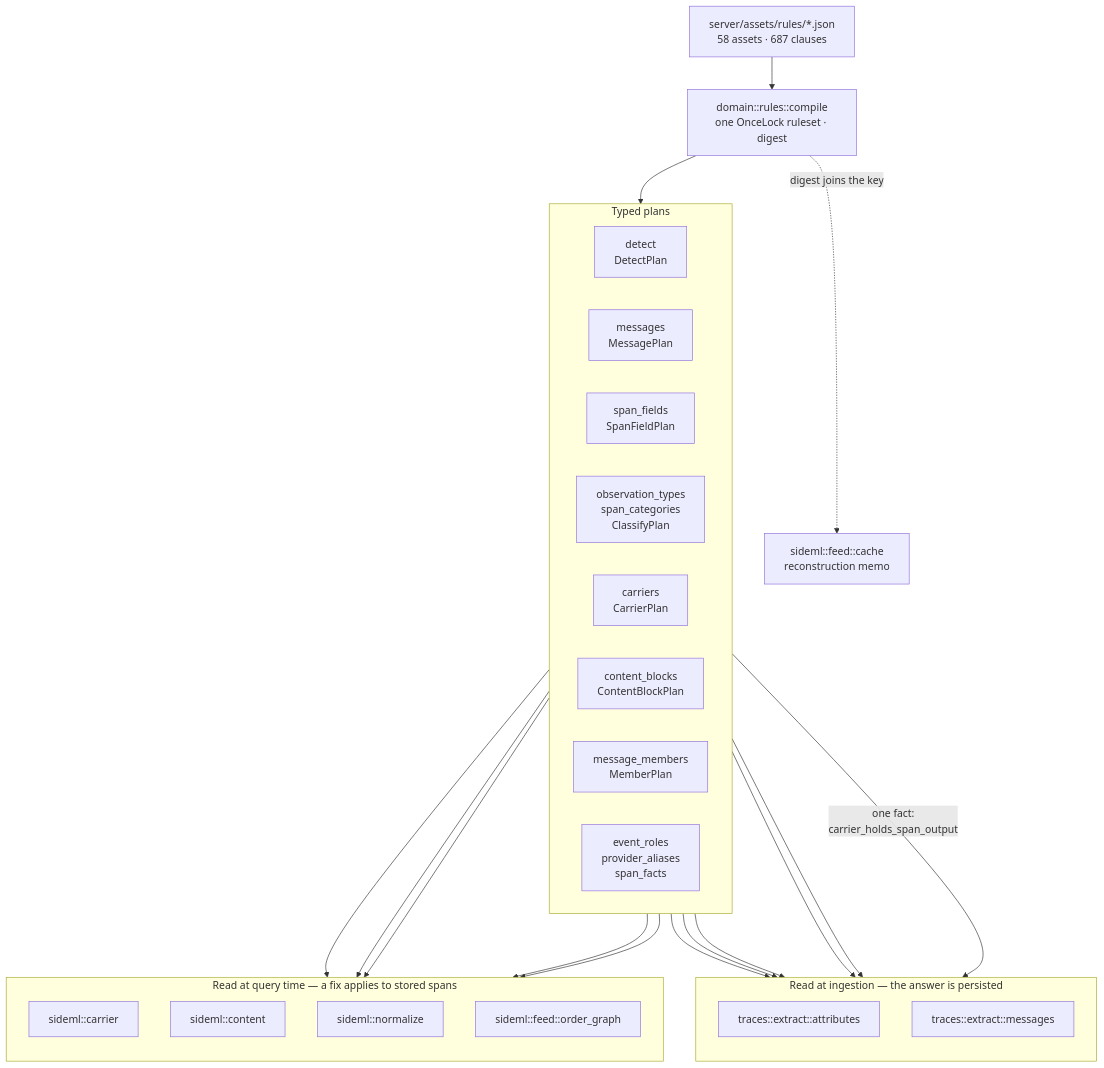
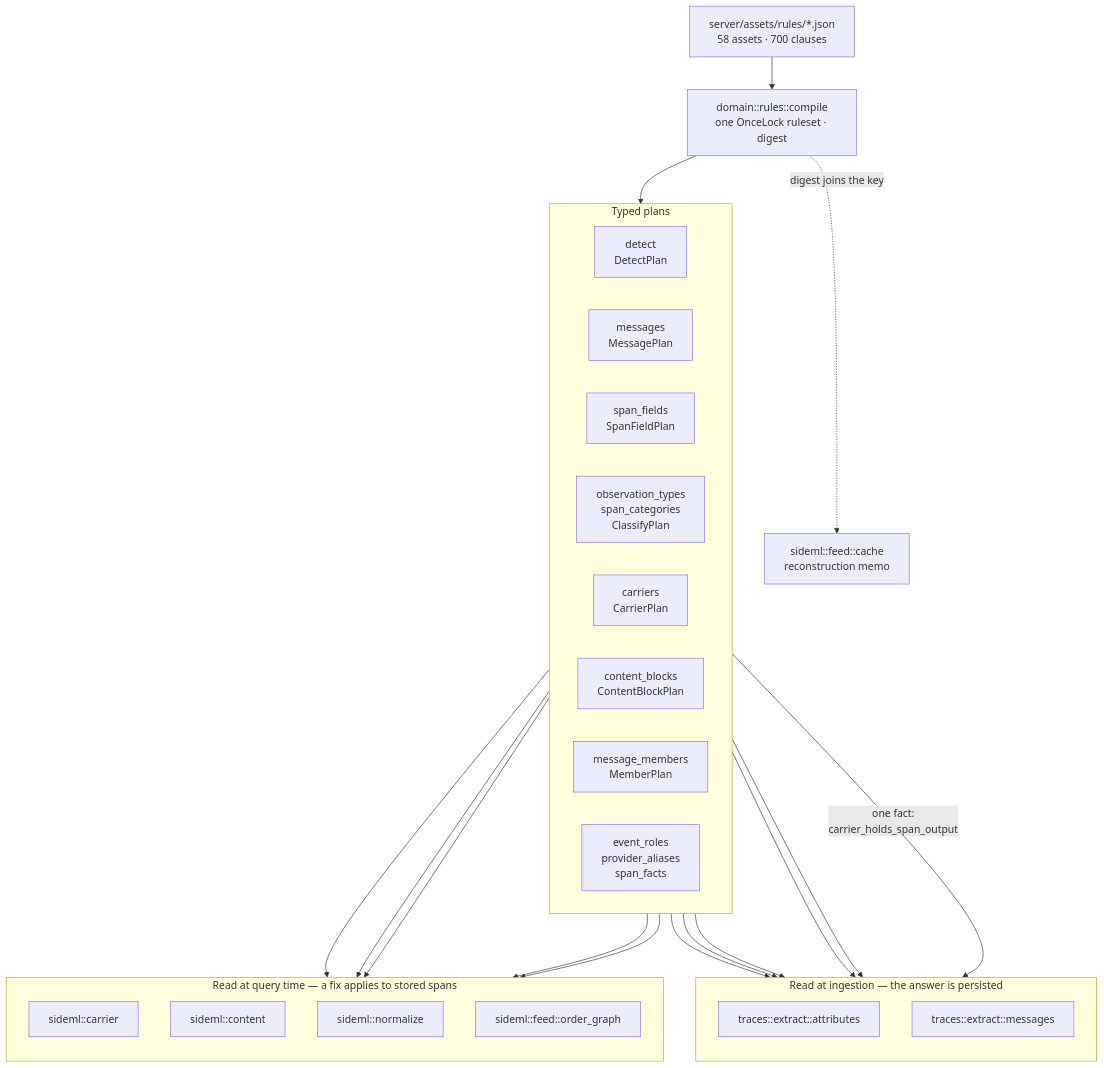
Before and after one commit to sideseat/sideseat: the first of 7 diagrams in docs/engineering/architecture-diagrams.md, drawn with Mermaid. The commit also changed 70 other files, not shown here.

````diff
--- a/docs/engineering/architecture-diagrams.md
+++ b/docs/engineering/architecture-diagrams.md
@@ -18,47 +18,47 @@
 ```mermaid
 flowchart TB
-    assets["server/assets/rules/*.json<br/>58 assets · 687 clauses"]
+    assets["server/assets/rules/*.json<br/>58 assets · 700 clauses"]
     compile["domain::rules::compile<br/>one OnceLock ruleset · digest"]
     assets --> compile
 
     subgraph plans["Typed plans"]
         direction LR
         detect["detect<br/>DetectPlan"]
         messages["messages<br/>MessagePlan"]
         fields["span_fields<br/>SpanFieldPlan"]
         classify["observation_types<br/>span_categories<br/>ClassifyPlan"]
         carriers["carriers<br/>CarrierPlan"]
         blocks["content_blocks<br/>ContentBlockPlan"]
         members["message_members<br/>MemberPlan"]
         roles["event_roles<br/>provider_aliases<br/>span_facts"]
     end
     compile --> plans
 
     subgraph ingest["Read at ingestion — the answer is persisted"]
         direction TB
         attrs["traces::extract::attributes"]
         msgs["traces::extract::messages"]
     end
 
     subgraph query["Read at query time — a fix applies to stored spans"]
         direction TB
         carrier["sideml::carrier"]
         content["sideml::content"]
         normalize["sideml::normalize"]
         order["sideml::feed::order_graph"]
     end
 
     detect --> attrs
     fields --> attrs
     classify --> attrs
     roles --> attrs
     messages --> msgs
     carriers -->|"one fact:<br/>carrier_holds_span_output"| msgs
     carriers --> carrier
     carriers --> order
     blocks --> content
     members --> content
     roles --> normalize
 
     compile -. "digest joins the key" .-> cache["sideml::feed::cache<br/>reconstruction memo"]
 ```
````
